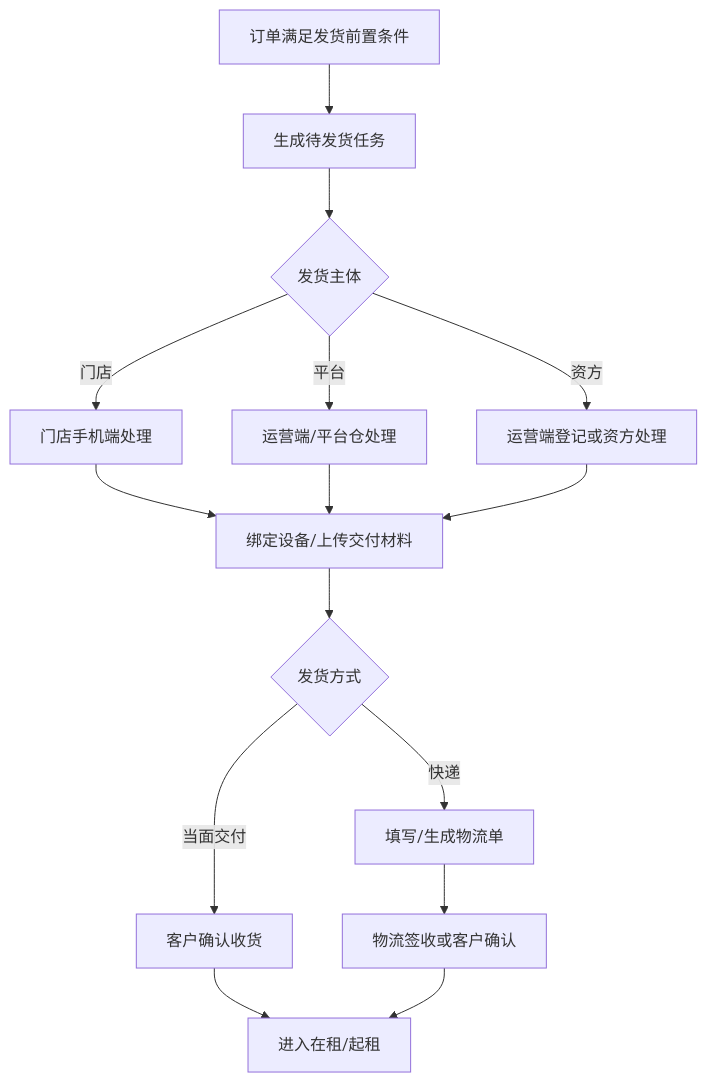
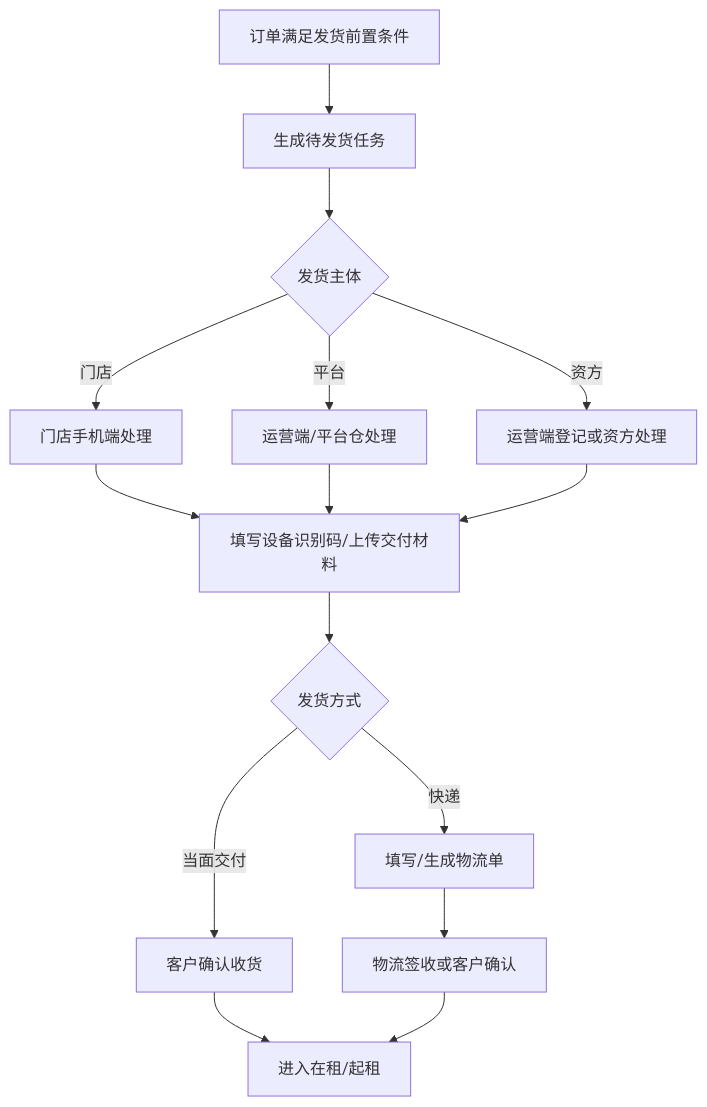
The diagram in PRD/V0.2/modules/运营端/发货履约/01_发货配置与物流接口.md (joezjyan-bot/mandian-prd), drawn with Mermaid before and after one commit. The commit also changed other lines of this file and 43 other files, not shown here.

````diff
--- a/PRD/V0.2/modules/运营端/发货履约/01_发货配置与物流接口.md
+++ b/PRD/V0.2/modules/运营端/发货履约/01_发货配置与物流接口.md
@@ -79,17 +85,17 @@
 ```mermaid
 flowchart TD
     A["订单满足发货前置条件"] --> B["生成待发货任务"]
     B --> C{"发货主体"}
     C -->|门店| D["门店手机端处理"]
     C -->|平台| E["运营端/平台仓处理"]
     C -->|资方| F["运营端登记或资方处理"]
-    D --> G["绑定设备/上传交付材料"]
+    D --> G["填写设备识别码/上传交付材料"]
     E --> G
     F --> G
     G --> H{"发货方式"}
     H -->|当面交付| I["客户确认收货"]
     H -->|快递| J["填写/生成物流单"]
     J --> K["物流签收或客户确认"]
     I --> L["进入在租/起租"]
     K --> L
 ```
````
